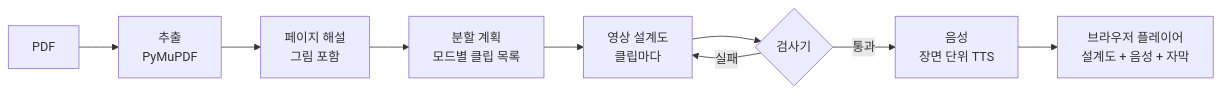
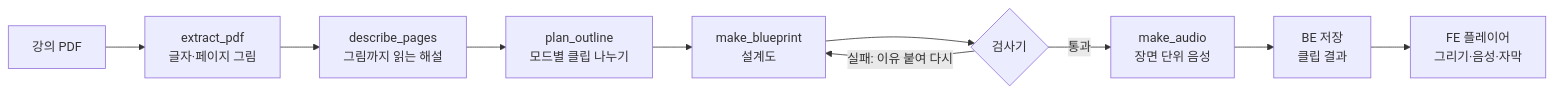
One commit to 2026ENDPoinT/team19 changed the diagram in README.md. Above: the diagram before and after it, drawn with Mermaid. The commit also changed other lines of this file and 1 other file, not shown here.

Commit message:
[AI] 발표 자료 PDF 추가, README를 발표 내용 기준으로 갱신

````diff
--- a/README.md
+++ b/README.md
@@ -26,11 +65,12 @@
 ```mermaid
 flowchart LR
-  P[PDF] --> E[추출<br>PyMuPDF]
-  E --> D[페이지 해설<br>그림 포함]
-  D --> O[분할 계획<br>모드별 클립 목록]
-  O --> B[영상 설계도<br>클립마다]
+  P[강의 PDF] --> E[extract_pdf<br>글자·페이지 그림]
+  E --> D[describe_pages<br>그림까지 읽는 해설]
+  D --> O[plan_outline<br>모드별 클립 나누기]
+  O --> B[make_blueprint<br>설계도]
   B --> V{검사기}
-  V -->|통과| A[음성<br>장면 단위 TTS]
-  V -->|실패| B
-  A --> F[브라우저 플레이어<br>설계도 + 음성 + 자막]
+  V -->|실패: 이유 붙여 다시| B
+  V -->|통과| A[make_audio<br>장면 단위 음성]
+  A --> S[BE 저장<br>클립 결과]
+  S --> F[FE 플레이어<br>그리기·음성·자막]
 ```
````
